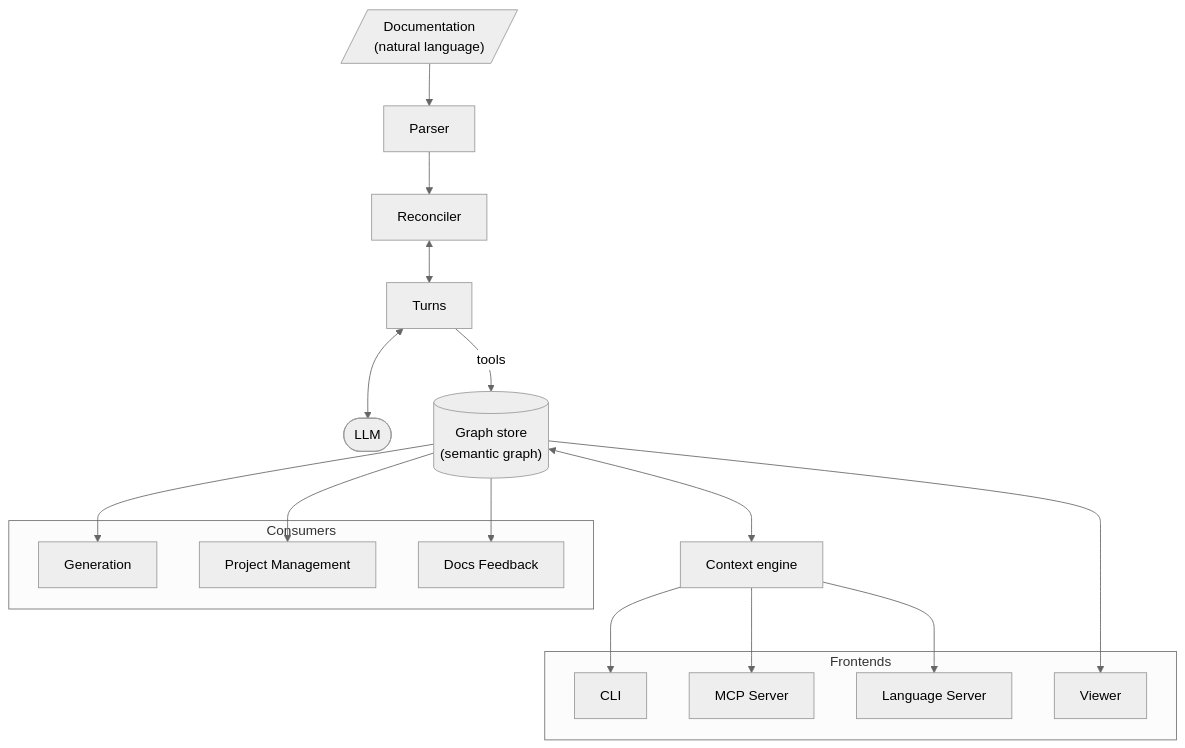
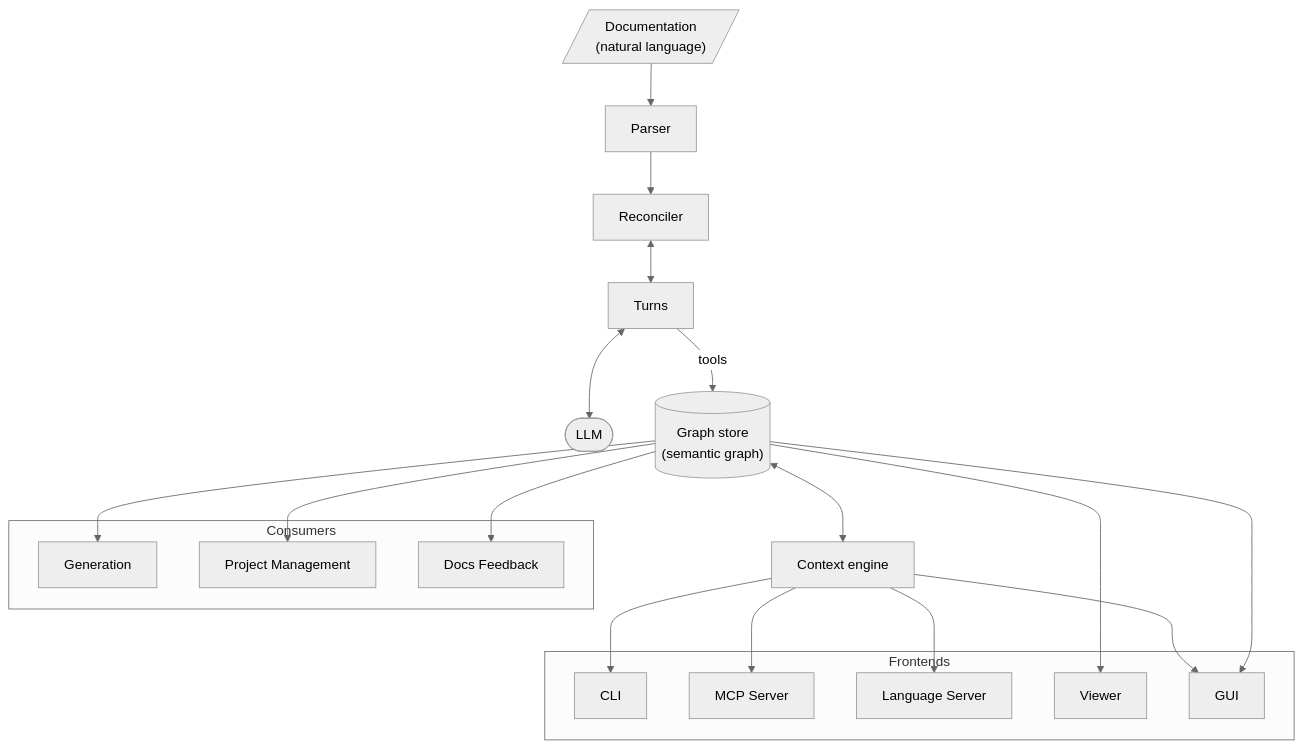
Before and after one commit to JazykOrg/Jazyk: the diagram in docs2/main.md, drawn with Mermaid (neutral theme). The commit also changed other lines of this file and 161 other files, not shown here.

````diff
--- a/docs2/main.md
+++ b/docs2/main.md
@@ -62,37 +62,40 @@
 ```mermaid
 graph TD;
   Docs[/"Documentation<br/>(natural language)"/];
   Parser["Parser"];
   Reconciler["Reconciler"];
   Turns["Turns"];
   LLM(["LLM"]);
   Store[("Graph store<br/>(semantic graph)")];
   Context["Context engine"];
 
   subgraph Frontends
     CLI[CLI];
     MCP[MCP Server];
     LSP[Language Server];
     Viewer[Viewer];
+    GUI[GUI];
   end
 
   subgraph Consumers
     Gen[Generation];
     PM[Project Management];
     DocsFeedback[Docs Feedback];
   end
 
   Docs --> Parser;
   Parser --> Reconciler;
   Reconciler <--> Turns;
   Turns <--> LLM;
   Turns -- "tools" --> Store;
   Store <--> Context;
   Context --> CLI;
   Context --> MCP;
   Context --> LSP;
+  Context --> GUI;
   Store --> Viewer;
+  Store --> GUI;
   Store --> Gen;
   Store --> PM;
   Store --> DocsFeedback;
 ```
````
